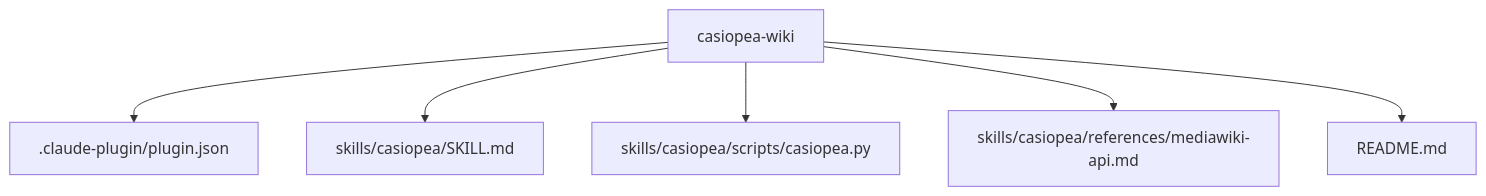
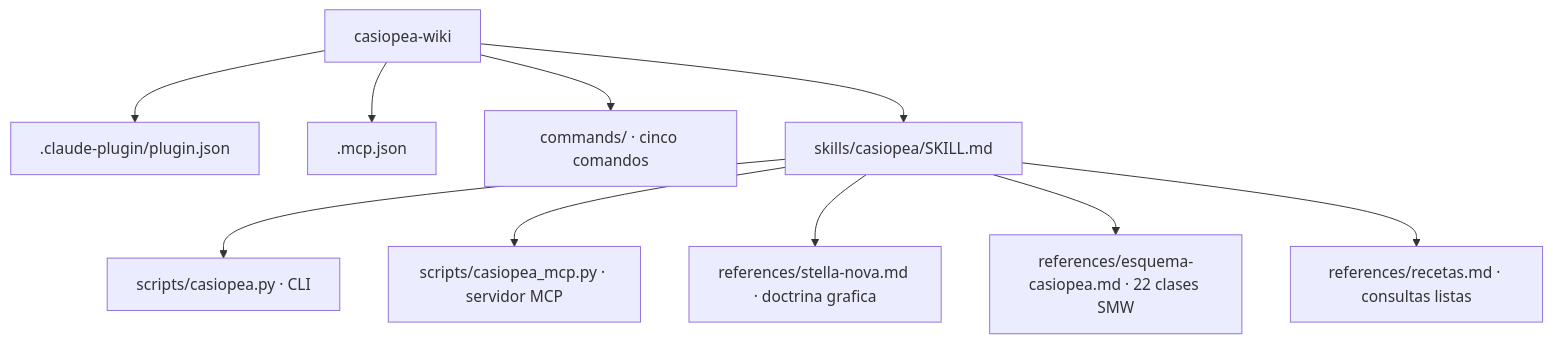
Before and after one commit to hspencer/casiopea-skill: the diagram in casiopea-wiki/README.md, drawn with Mermaid. The commit also changed other lines of this file and 19 other files, not shown here.

First line of the commit message:
v0.5.0: doctrina Stella Nova, CLI ampliado y servidor MCP

````diff
--- a/casiopea-wiki/README.md
+++ b/casiopea-wiki/README.md
@@ -136,8 +146,12 @@
 ```mermaid
 graph TD
     A[casiopea-wiki] --> B[.claude-plugin/plugin.json]
-    A --> C[skills/casiopea/SKILL.md]
-    A --> D[skills/casiopea/scripts/casiopea.py]
-    A --> E[skills/casiopea/references/mediawiki-api.md]
-    A --> F[README.md]
+    A --> M[.mcp.json]
+    A --> C[commands/ · cinco comandos]
+    A --> D[skills/casiopea/SKILL.md]
+    D --> E[scripts/casiopea.py · CLI]
+    D --> F[scripts/casiopea_mcp.py · servidor MCP]
+    D --> G[references/stella-nova.md · doctrina grafica]
+    D --> H[references/esquema-casiopea.md · 22 clases SMW]
+    D --> I[references/recetas.md · consultas listas]
 ```
````
